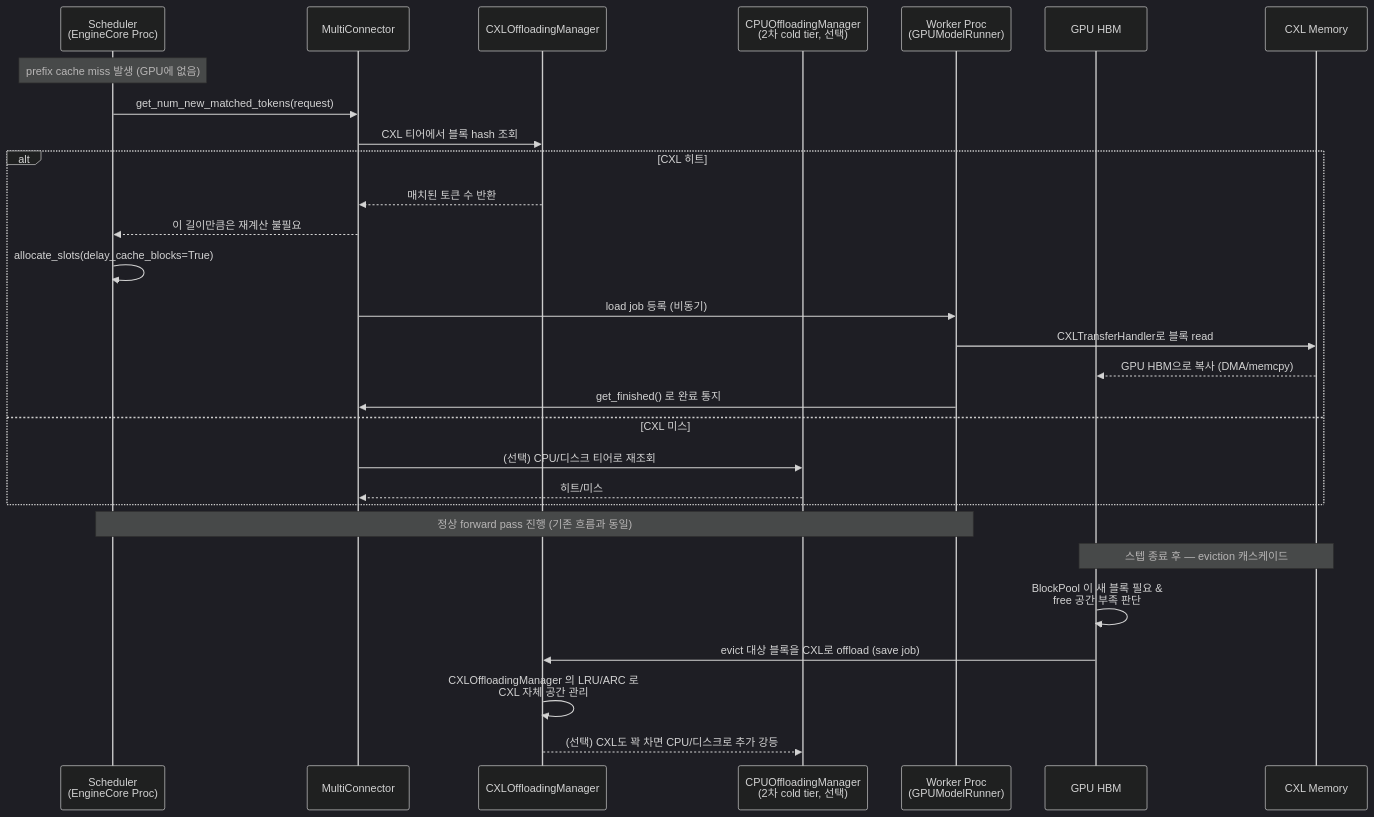
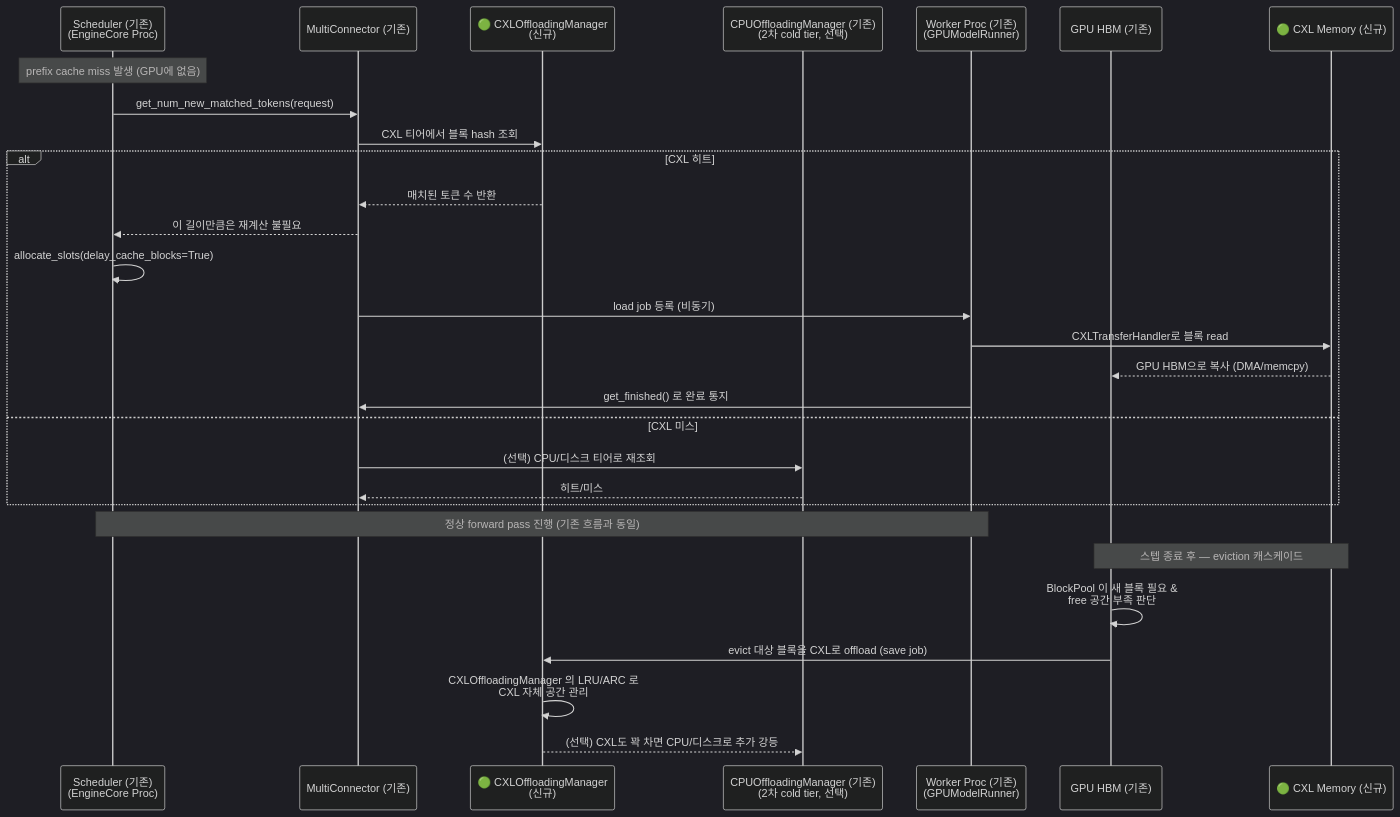
The third of 6 diagrams in doc-mk/vllm-kv-cache-memory-tiering.md (mkim0628/vllm), drawn with Mermaid (dark theme) before and after one commit. The commit also changed other lines of this file, not shown here.

First line of the commit message:
docs: fix broken mermaid diagram and add as-is/to-be color coding

````diff
--- a/doc-mk/vllm-kv-cache-memory-tiering.md
+++ b/doc-mk/vllm-kv-cache-memory-tiering.md
@@ -133,33 +151,33 @@
 ```mermaid
 sequenceDiagram
-    participant SCHED as Scheduler<br/>(EngineCore Proc)
-    participant CONN as MultiConnector
-    participant CXL as CXLOffloadingManager
-    participant CPU as CPUOffloadingManager<br/>(2차 cold tier, 선택)
-    participant WORKER as Worker Proc<br/>(GPUModelRunner)
-    participant HBM as GPU HBM
-    participant CXLMEM as CXL Memory
+    participant SCHED as Scheduler (기존)<br/>(EngineCore Proc)
+    participant CONN as MultiConnector (기존)
+    participant CXL as 🟢 CXLOffloadingManager<br/>(신규)
+    participant CPU as CPUOffloadingManager (기존)<br/>(2차 cold tier, 선택)
+    participant WORKER as Worker Proc (기존)<br/>(GPUModelRunner)
+    participant HBM as GPU HBM (기존)
+    participant CXLMEM as 🟢 CXL Memory (신규)
 
     Note over SCHED: prefix cache miss 발생 (GPU에 없음)
     SCHED->>CONN: get_num_new_matched_tokens(request)
     CONN->>CXL: CXL 티어에서 블록 hash 조회
     alt CXL 히트
         CXL-->>CONN: 매치된 토큰 수 반환
         CONN-->>SCHED: 이 길이만큼은 재계산 불필요
         SCHED->>SCHED: allocate_slots(delay_cache_blocks=True)
         CONN->>WORKER: load job 등록 (비동기)
         WORKER->>CXLMEM: CXLTransferHandler로 블록 read
         CXLMEM-->>HBM: GPU HBM으로 복사 (DMA/memcpy)
         WORKER->>CONN: get_finished() 로 완료 통지
     else CXL 미스
         CONN->>CPU: (선택) CPU/디스크 티어로 재조회
         CPU-->>CONN: 히트/미스
     end
     Note over SCHED,WORKER: 정상 forward pass 진행 (기존 흐름과 동일)
 
     Note over HBM,CXLMEM: 스텝 종료 후 — eviction 캐스케이드
     HBM->>HBM: BlockPool 이 새 블록 필요 &<br/>free 공간 부족 판단
     HBM->>CXL: evict 대상 블록을 CXL로 offload (save job)
     CXL->>CXL: CXLOffloadingManager 의 LRU/ARC 로<br/>CXL 자체 공간 관리
     CXL-->>CPU: (선택) CXL도 꽉 차면 CPU/디스크로 추가 강등
 ```
````
